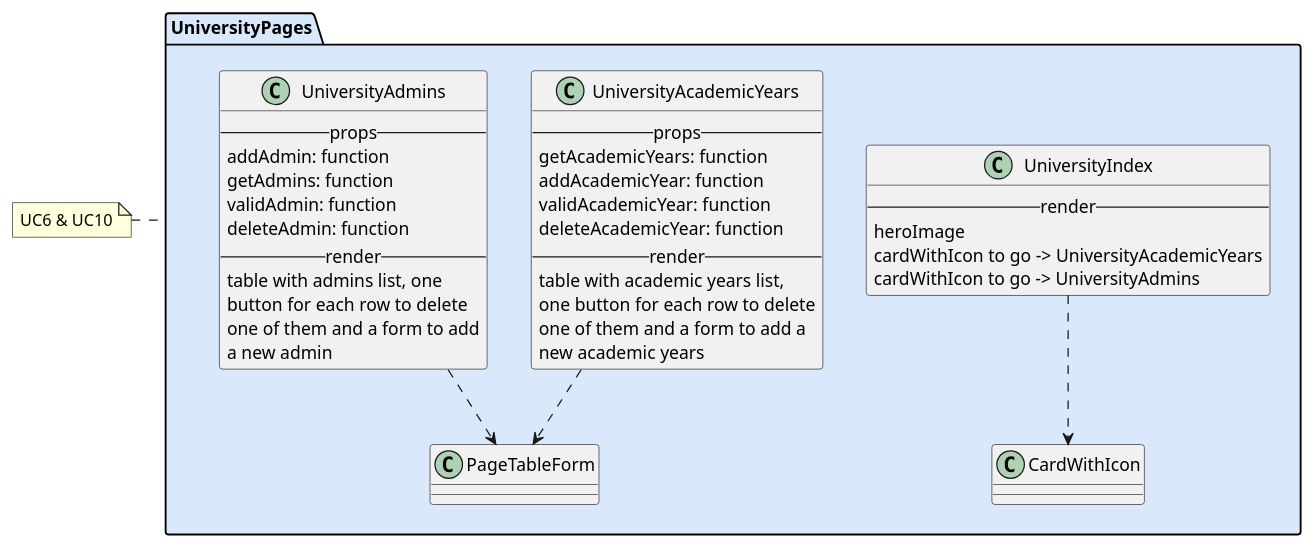
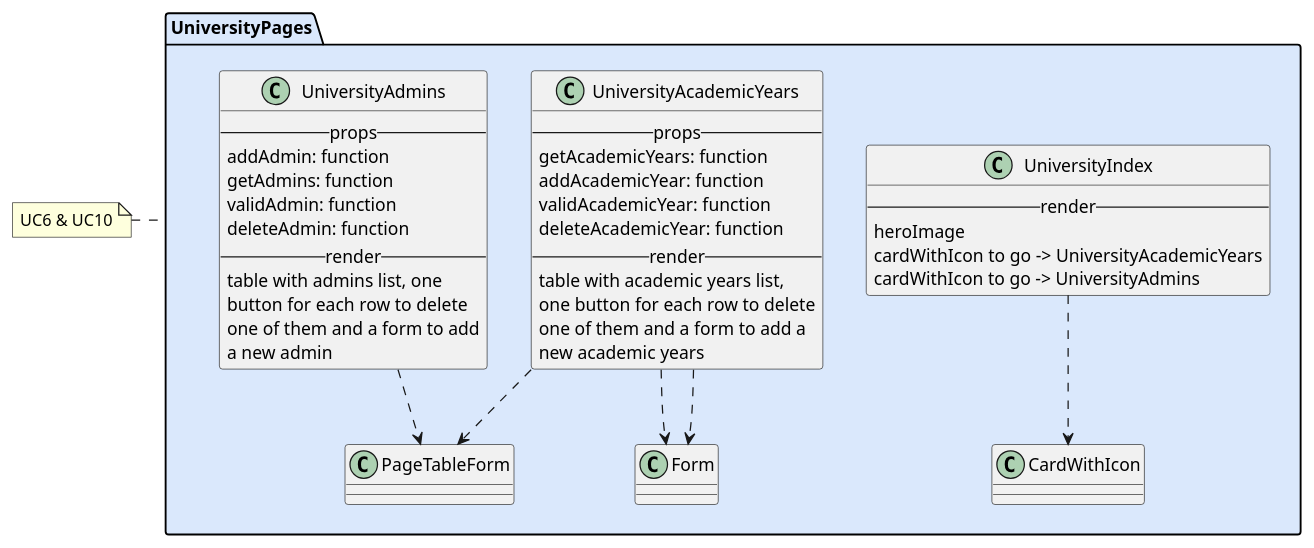
The diagram in react/university/index.iuml (M9k/Marvin-Uml), drawn with PlantUML before and after one commit. The commit also changed 15 other files, not shown here.

```diff
--- a/react/university/index.iuml
+++ b/react/university/index.iuml
@@ -1,41 +1,42 @@
 package UniversityPages #DAE8FC {
 
 class UniversityIndex {
     --render--
         heroImage
         cardWithIcon to go -> UniversityAcademicYears
         cardWithIcon to go -> UniversityAdmins
 }
 UniversityIndex ..> CardWithIcon
 
 class UniversityAcademicYears {
     --props--
         getAcademicYears: function
         addAcademicYear: function
         validAcademicYear: function
         deleteAcademicYear: function
     --render--
     table with academic years list,
      one button for each row to delete
      one of them and a form to add a
      new academic years
 }
 UniversityAcademicYears ..> PageTableForm
+UniversityAcademicYears ..> Form
 
 class UniversityAdmins {
     --props--
         addAdmin: function
         getAdmins: function
         validAdmin: function
         deleteAdmin: function
     --render--
     table with admins list, one
     button for each row to delete
     one of them and a form to add
     a new admin
 }
 UniversityAdmins ..> PageTableForm
-
+UniversityAcademicYears ..> Form
 }
 
 note left of UniversityPages: UC6 & UC10
```
